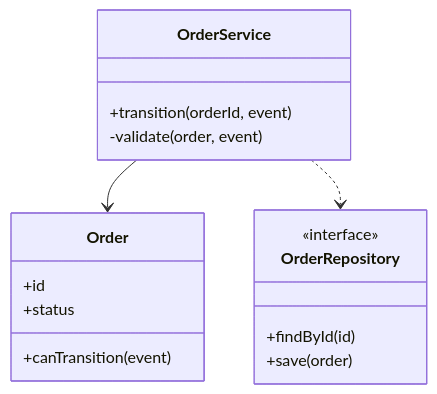
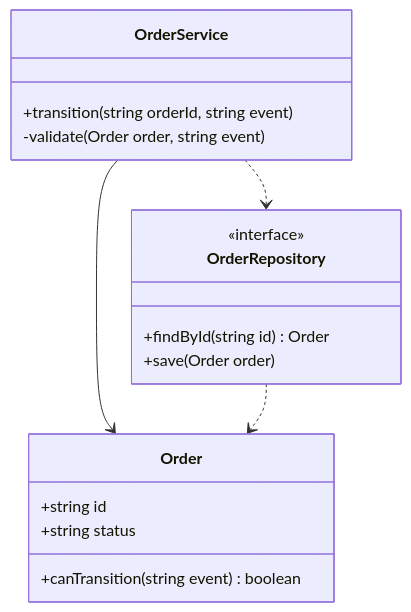
One commit to chialinglu21/AIxBDD changed the diagram in .claude/skills/plan-with-class-diagram/templates/class-diagram.example.md. Above: the diagram before and after it, drawn with Mermaid. The commit also changed other lines of this file and 5 other files, not shown here.

First line of the commit message:
feat: require member types in plan-with-class-diagram class diagrams

````diff
--- a/.claude/skills/plan-with-class-diagram/templates/class-diagram.example.md
+++ b/.claude/skills/plan-with-class-diagram/templates/class-diagram.example.md
@@ -5,19 +5,20 @@
 ```mermaid
 classDiagram
   class OrderService {
-    +transition(orderId, event)
-    -validate(order, event)
+    +transition(string orderId, string event)
+    -validate(Order order, string event)
   }
   class Order {
-    +id
-    +status
-    +canTransition(event)
+    +string id
+    +string status
+    +canTransition(string event) boolean
   }
   class OrderRepository {
     <<interface>>
-    +findById(id)
-    +save(order)
+    +findById(string id) Order
+    +save(Order order)
   }
   OrderService --> Order
   OrderService ..> OrderRepository
+  OrderRepository ..> Order
 ```
````
